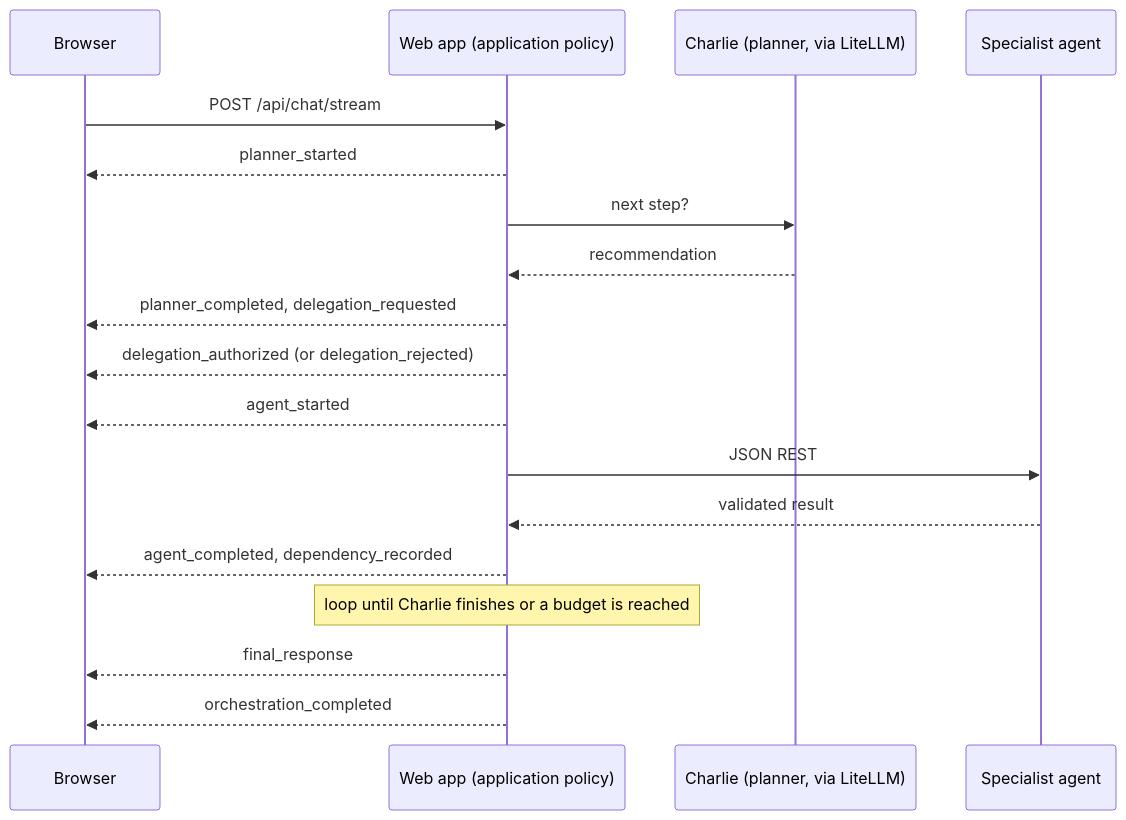
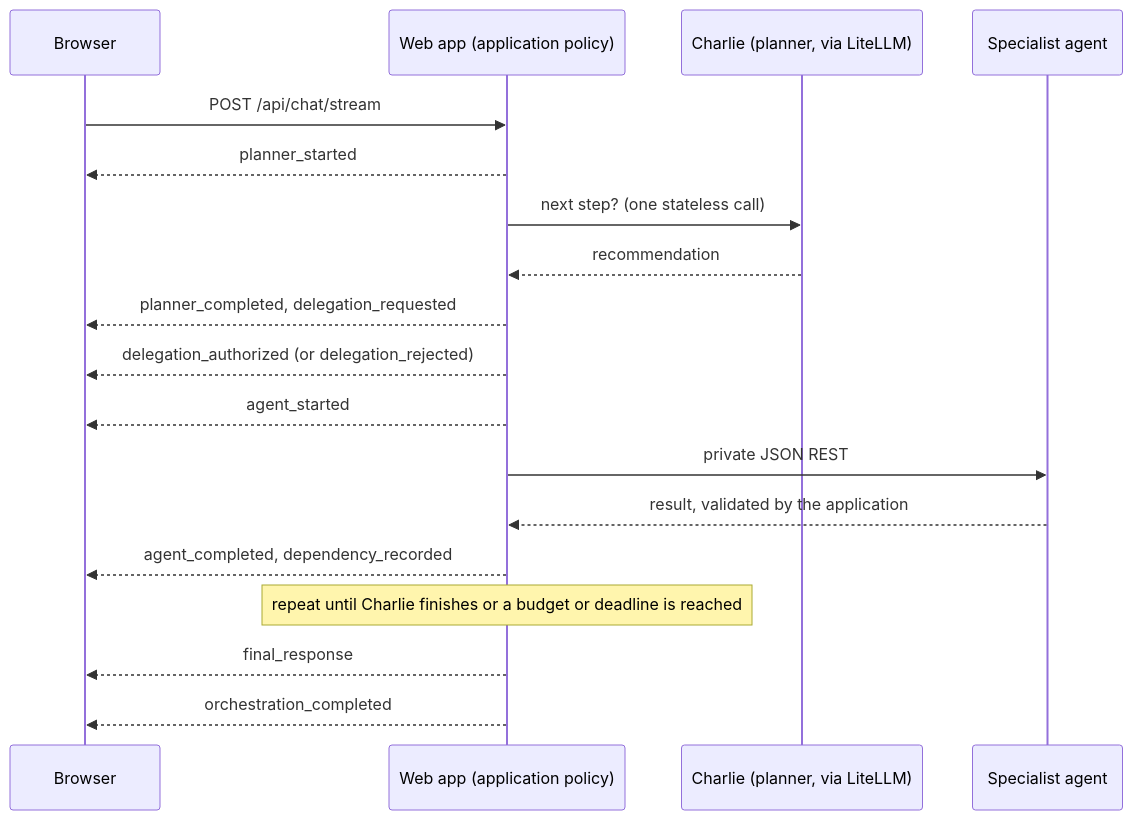
The diagram in docs/live-observability.md (vchokshi/viharbot), drawn with Mermaid before and after one commit. The commit also changed other lines of this file and 17 other files, not shown here.

First line of the commit message:
Phase 6.5: architecture audit, documentation reconciliation, development baseline

````diff
--- a/docs/live-observability.md
+++ b/docs/live-observability.md
@@ -11,20 +9,20 @@
 ```mermaid
 sequenceDiagram
     participant B as Browser
     participant W as Web app (application policy)
     participant C as Charlie (planner, via LiteLLM)
     participant A as Specialist agent
     B->>W: POST /api/chat/stream
     W-->>B: planner_started
-    W->>C: next step?
+    W->>C: next step? (one stateless call)
     C-->>W: recommendation
     W-->>B: planner_completed, delegation_requested
     W-->>B: delegation_authorized (or delegation_rejected)
     W-->>B: agent_started
-    W->>A: JSON REST
-    A-->>W: validated result
+    W->>A: private JSON REST
+    A-->>W: result, validated by the application
     W-->>B: agent_completed, dependency_recorded
-    Note over W: loop until Charlie finishes or a budget is reached
+    Note over W: repeat until Charlie finishes or a budget or deadline is reached
     W-->>B: final_response
     W-->>B: orchestration_completed
 ```
````
